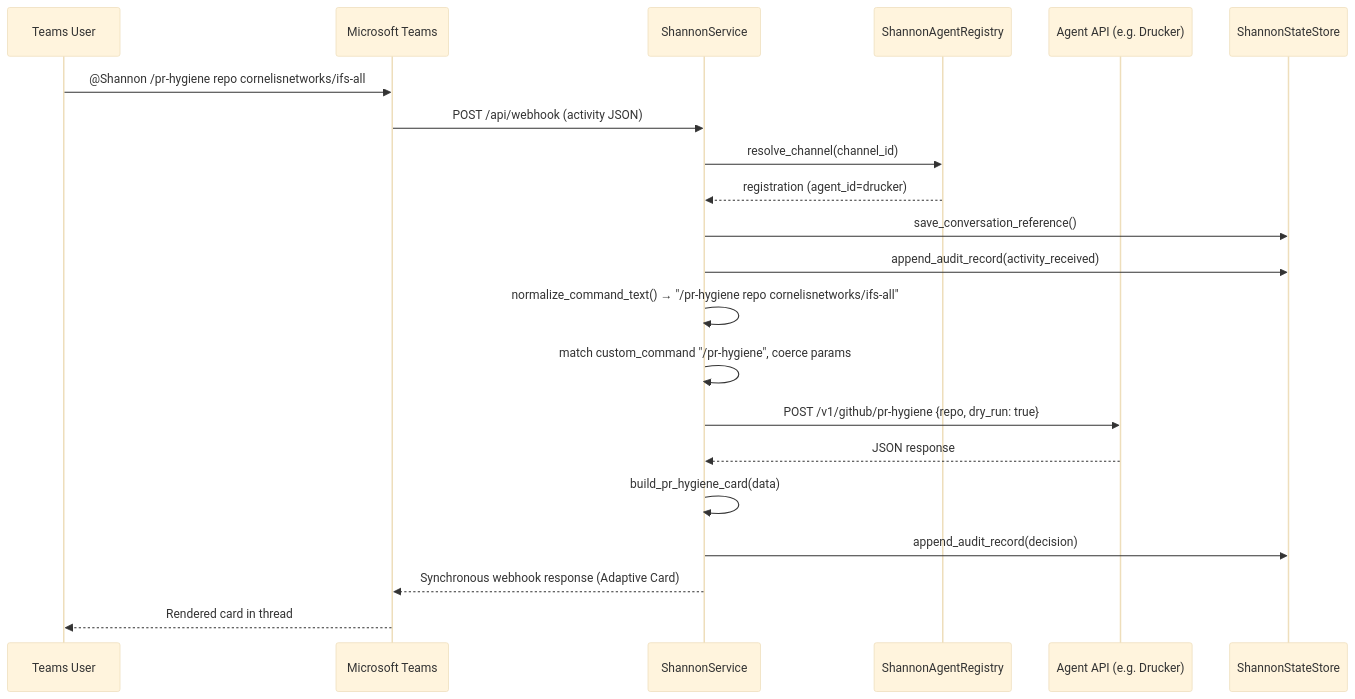
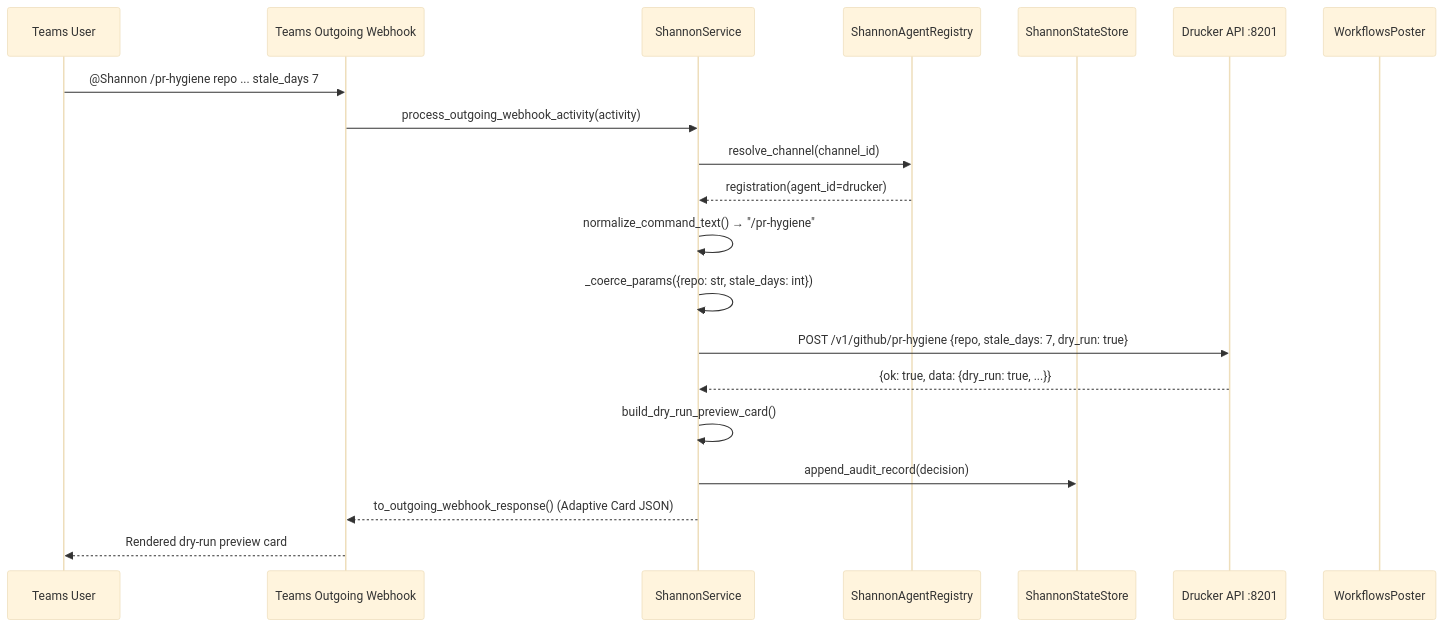
The second of 4 diagrams in docs/agents-shannon.md (jmac-cornelis/agent-workforce), drawn with Mermaid (base theme) before and after one commit. The commit also changed other lines of this file and 8 other files, not shown here.

````diff
--- a/docs/agents-shannon.md
+++ b/docs/agents-shannon.md
@@ -74,24 +77,23 @@
 ```mermaid
 sequenceDiagram
     participant U as Teams User
-    participant T as Microsoft Teams
+    participant T as Teams Outgoing Webhook
     participant SVC as ShannonService
-    participant SREG as ShannonAgentRegistry
-    participant API as Agent API (e.g. Drucker)
-    participant STATE as ShannonStateStore
+    participant REG as ShannonAgentRegistry
+    participant SS as ShannonStateStore
+    participant API as Drucker API :8201
+    participant P as WorkflowsPoster
 
-    U->>T: @Shannon /pr-hygiene repo cornelisnetworks/ifs-all
-    T->>SVC: POST /api/webhook (activity JSON)
-    SVC->>SREG: resolve_channel(channel_id)
-    SREG-->>SVC: registration (agent_id=drucker)
-    SVC->>STATE: save_conversation_reference()
-    SVC->>STATE: append_audit_record(activity_received)
-    SVC->>SVC: normalize_command_text() → "/pr-hygiene repo cornelisnetworks/ifs-all"
-    SVC->>SVC: match custom_command "/pr-hygiene", coerce params
-    SVC->>API: POST /v1/github/pr-hygiene {repo, dry_run: true}
-    API-->>SVC: JSON response
-    SVC->>SVC: build_pr_hygiene_card(data)
-    SVC->>STATE: append_audit_record(decision)
-    SVC-->>T: Synchronous webhook response (Adaptive Card)
-    T-->>U: Rendered card in thread
+    U->>T: @Shannon /pr-hygiene repo ... stale_days 7
+    T->>SVC: process_outgoing_webhook_activity(activity)
+    SVC->>REG: resolve_channel(channel_id)
+    REG-->>SVC: registration(agent_id=drucker)
+    SVC->>SVC: normalize_command_text() → "/pr-hygiene"
+    SVC->>SVC: _coerce_params({repo: str, stale_days: int})
+    SVC->>API: POST /v1/github/pr-hygiene {repo, stale_days: 7, dry_run: true}
+    API-->>SVC: {ok: true, data: {dry_run: true, ...}}
+    SVC->>SVC: build_dry_run_preview_card()
+    SVC->>SS: append_audit_record(decision)
+    SVC-->>T: to_outgoing_webhook_response() (Adaptive Card JSON)
+    T-->>U: Rendered dry-run preview card
 ```
````
